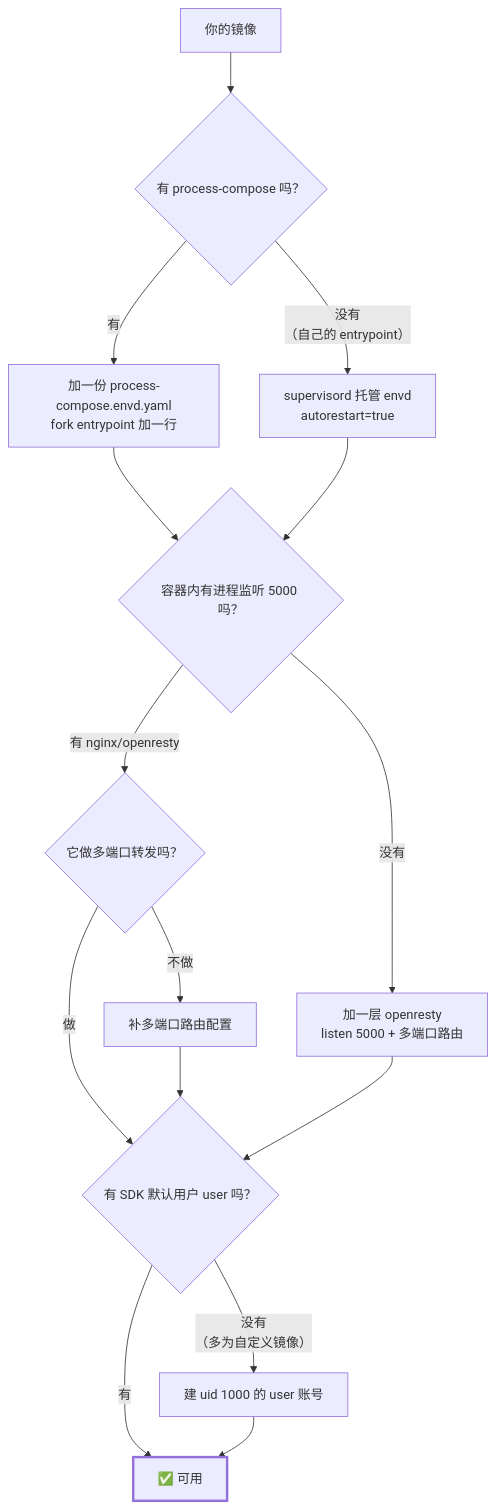
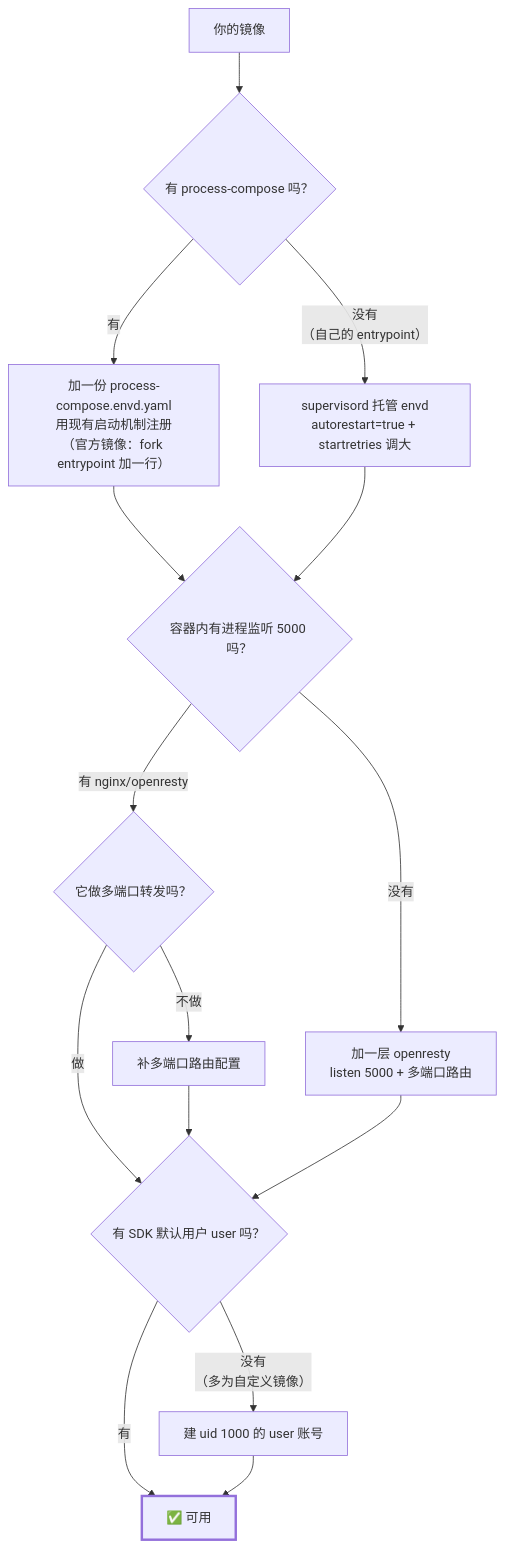
The fifth of 5 diagrams in docs/zh-CN/01.云沙箱/05.最佳实践/10.envd 集成教程：把你自己的镜像变成 e2b 沙箱模板.md (aliyun-fc/fc-docs), drawn with Mermaid before and after one commit. The commit also changed other lines of this file and 1 other file, not shown here.

First line of the commit message:
docs: address review feedback on envd tutorial

````diff
--- a/docs/zh-CN/01.云沙箱/05.最佳实践/10.envd 集成教程：把你自己的镜像变成 e2b 沙箱模板.md
+++ b/docs/zh-CN/01.云沙箱/05.最佳实践/10.envd 集成教程：把你自己的镜像变成 e2b 沙箱模板.md
@@ -426,19 +428,19 @@
 ```mermaid
 flowchart TD
     A["你的镜像"] --> B{"有 process-compose 吗？"}
-    B -->|有| B1["加一份 process-compose.envd.yaml<br/>fork entrypoint 加一行"]
-    B -->|"没有<br/>（自己的 entrypoint）"| B2["supervisord 托管 envd<br/>autorestart=true"]
+    B -->|有| B1["加一份 process-compose.envd.yaml<br/>用现有启动机制注册<br/>（官方镜像：fork entrypoint 加一行）"]
+    B -->|"没有<br/>（自己的 entrypoint）"| B2["supervisord 托管 envd<br/>autorestart=true + startretries 调大"]
     B1 --> C{"容器内有进程监听 5000 吗？"}
     B2 --> C
     C -->|有 nginx/openresty| C1{"它做多端口转发吗？"}
     C -->|"没有"| C2["加一层 openresty<br/>listen 5000 + 多端口路由"]
     C1 -->|做| D{"有 SDK 默认用户 user 吗？"}
     C1 -->|不做| C3["补多端口路由配置"]
     C2 --> D
     C3 --> D
     D -->|有| OK["✅ 可用"]
     D -->|"没有<br/>（多为自定义镜像）"| D1["建 uid 1000 的 user 账号"]
     D1 --> OK
 
     style OK stroke-width:3px
 ```
````
